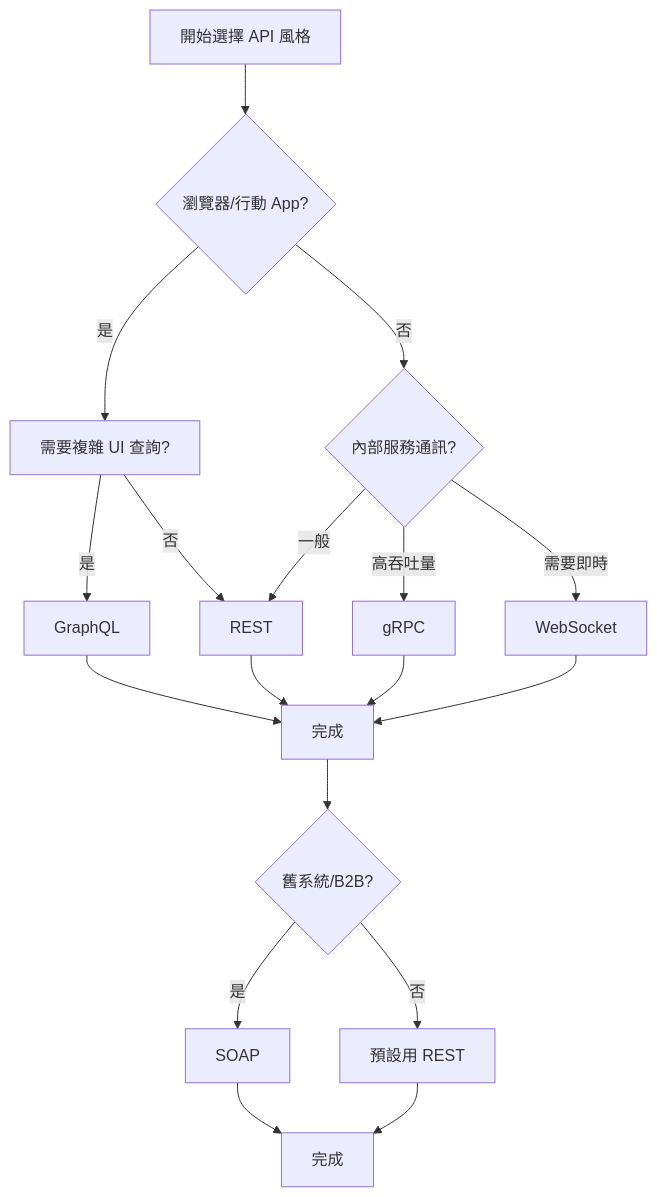
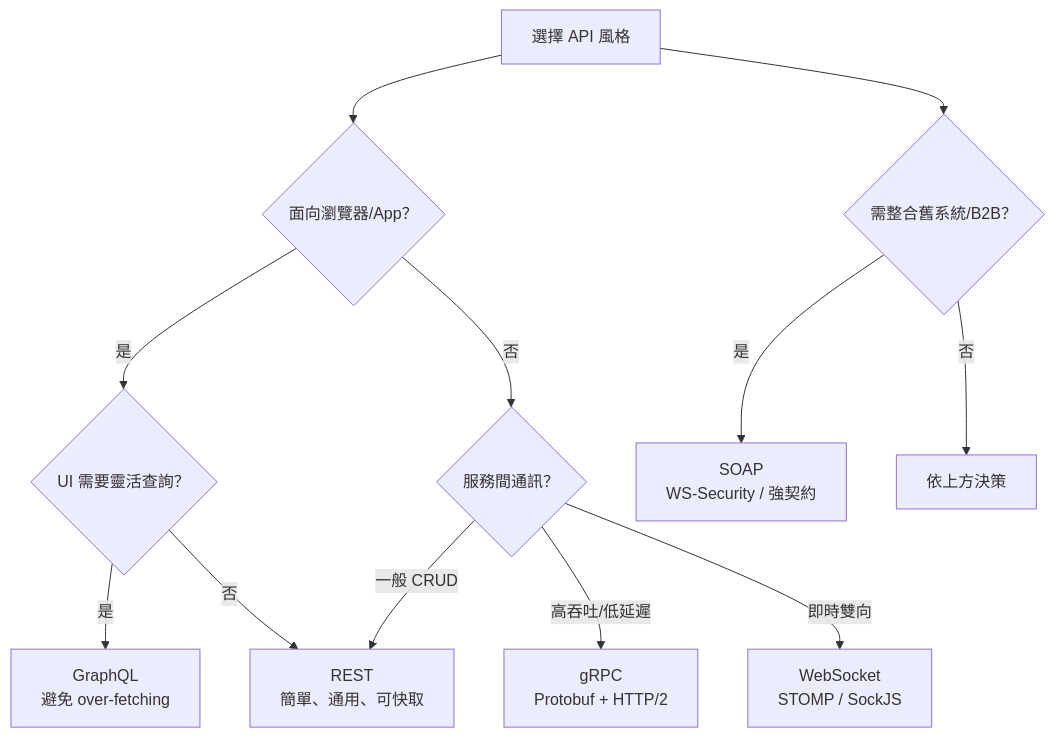
Before and after one commit to ChunPingWang/graphql-tutorial: the fourth of 5 diagrams in README.md, drawn with Mermaid. The commit also changed other lines of this file, not shown here.

````diff
--- a/README.md
+++ b/README.md
@@ -283,20 +398,14 @@
 ```mermaid
 flowchart TD
-    A[開始選擇 API 風格] --> B{瀏覽器/行動 App?}
-    B -->|是| C[需要複雜 UI 查詢?]
-    B -->|否| D{內部服務通訊?}
-    C -->|是| E[GraphQL]
-    C -->|否| F[REST]
-    D -->|高吞吐量| G[gRPC]
-    D -->|需要即時| H[WebSocket]
-    D -->|一般| F
-    E --> I[完成]
-    F --> I
-    G --> I
-    H --> I
-    I --> J{舊系統/B2B?}
-    J -->|是| K[SOAP]
-    J -->|否| L[預設用 REST]
-    K --> M[完成]
-    L --> M[完成]
+    A[選擇 API 風格] --> B{面向瀏覽器/App？}
+    B -->|是| C{UI 需要靈活查詢？}
+    B -->|否| D{服務間通訊？}
+    C -->|是| E["GraphQL<br/>避免 over-fetching"]
+    C -->|否| F["REST<br/>簡單、通用、可快取"]
+    D -->|高吞吐/低延遲| G["gRPC<br/>Protobuf + HTTP/2"]
+    D -->|即時雙向| H["WebSocket<br/>STOMP / SockJS"]
+    D -->|一般 CRUD| F
+    A --> I{需整合舊系統/B2B？}
+    I -->|是| J["SOAP<br/>WS-Security / 強契約"]
+    I -->|否| K[依上方決策]
 ```
````
